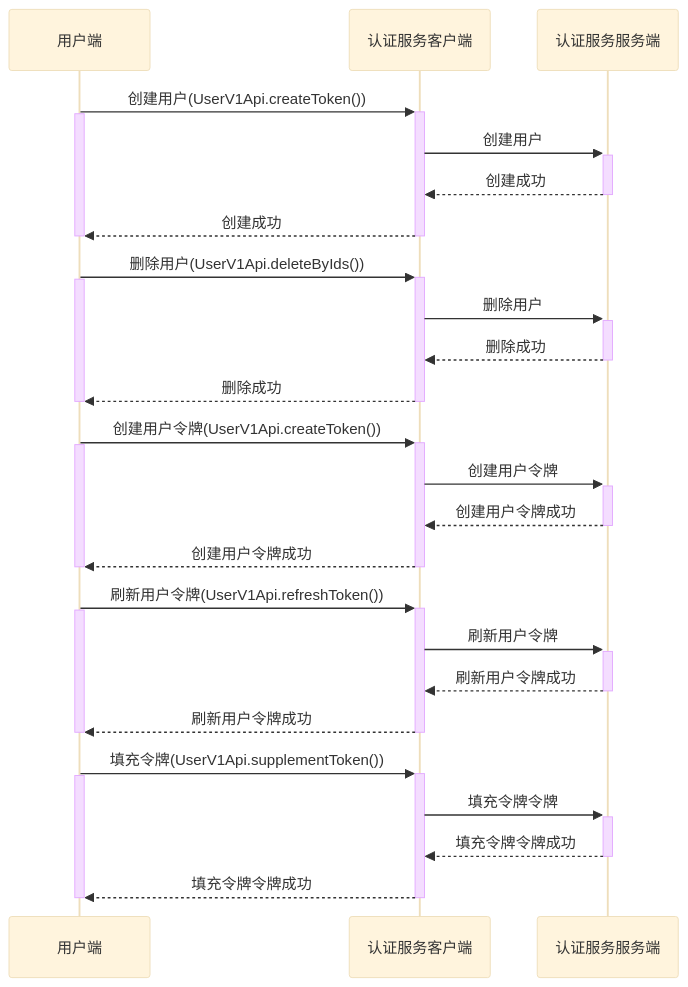
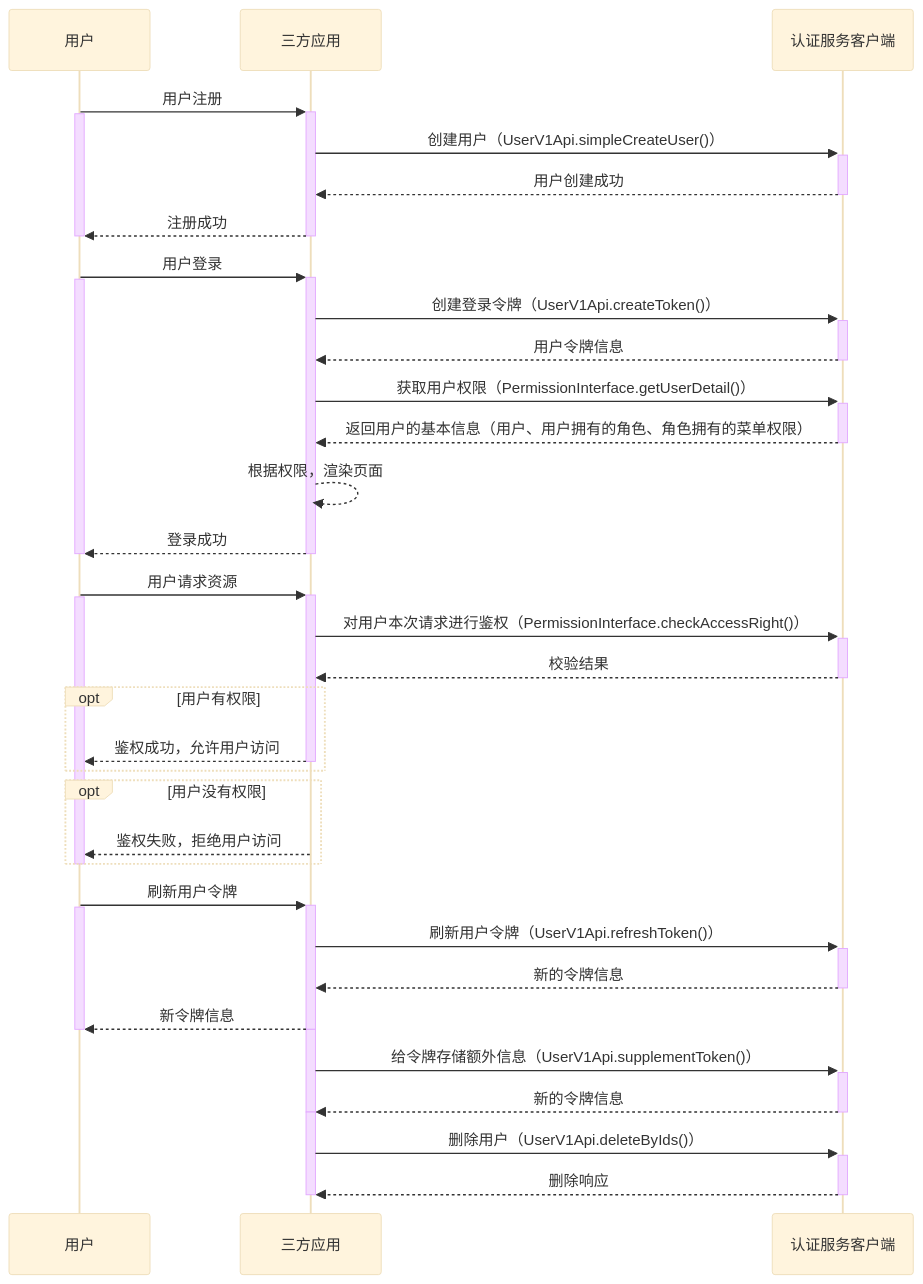
Before and after one commit to GitHubFeiLong/authentication: the diagram in client/README.md, drawn with Mermaid (base theme). The commit also changed other lines of this file and 35 other files, not shown here.

````diff
--- a/client/README.md
+++ b/client/README.md
@@ -149,42 +130,57 @@
 ```mermaid
-	
-	sequenceDiagram
-	participant user as 用户端
-	participant client as 认证服务客户端
-	participant server as 认证服务服务端
-    %% 创建用户
-	user ->> + client: 创建用户(UserV1Api.createToken())
-	activate user
-    client ->> + server: 创建用户
-    server -->> - client: 创建成功
-    client -->> - user: 创建成功
-    deactivate user
-    %% 删除用户
-    user ->> + client: 删除用户(UserV1Api.deleteByIds())
-    activate user
-    client ->> + server: 删除用户
-    server -->> - client: 删除成功
-    client -->> - user: 删除成功
-    deactivate user
-    %% 获取用户令牌
-    user ->> + client: 创建用户令牌(UserV1Api.createToken())
-    activate user
-    client ->> + server: 创建用户令牌
-    server -->> - client: 创建用户令牌成功
-    client -->> - user: 创建用户令牌成功
-    deactivate user
-    %% 刷新用户令牌，令牌过期了刷新
-    user ->> + client: 刷新用户令牌(UserV1Api.refreshToken())
-    activate user
-    client ->> + server: 刷新用户令牌
-    server -->> - client: 刷新用户令牌成功
-    client -->> - user: 刷新用户令牌成功
-    deactivate user
-    %% 刷新用户令牌，令牌过期了刷新
-    user ->> + client: 填充令牌(UserV1Api.supplementToken())
-    activate user
-    client ->> + server: 填充令牌令牌
-    server -->> - client: 填充令牌令牌成功
-    client -->> - user: 填充令牌令牌成功
-    deactivate user
+sequenceDiagram
+participant people as 用户
+participant app as 三方应用
+participant client as 认证服务客户端
+%% 注册用户
+people ->> + app: 用户注册
+activate people
+app ->> + client: 创建用户（UserV1Api.simpleCreateUser()）
+client -->> - app: 用户创建成功
+app -->> - people: 注册成功
+deactivate people
+
+%% 用户登录
+people ->> + app: 用户登录
+activate people
+app ->> + client: 创建登录令牌（UserV1Api.createToken()）
+client -->> - app: 用户令牌信息
+app ->> + client: 获取用户权限（PermissionInterface.getUserDetail()）
+client -->> -app: 返回用户的基本信息（用户、用户拥有的角色、角色拥有的菜单权限）
+app -->> app: 根据权限，渲染页面
+app -->> - people: 登录成功
+deactivate people
+
+%% 用户请求资源
+people ->> + app: 用户请求资源
+activate people
+app ->> + client: 对用户本次请求进行鉴权（PermissionInterface.checkAccessRight()）
+client -->> - app: 校验结果
+opt 用户有权限
+    app -->> -people: 鉴权成功，允许用户访问
+end
+opt 用户没有权限
+    app -->> people: 鉴权失败，拒绝用户访问
+end
+deactivate people
+
+%% 刷新令牌
+people ->> + app: 刷新用户令牌
+activate people
+app ->> + client: 刷新用户令牌（UserV1Api.refreshToken()）
+client -->> - app: 新的令牌信息
+app -->> - people: 新令牌信息
+deactivate people
+
+%% 修改令牌
+activate app
+app ->> + client: 给令牌存储额外信息（UserV1Api.supplementToken()）
+client -->> - app: 新的令牌信息
+deactivate app
+
+%% 删除用户
+activate app
+app ->> + client: 删除用户（UserV1Api.deleteByIds()）
+client -->> - app: 删除响应
+deactivate app
 ```
````
